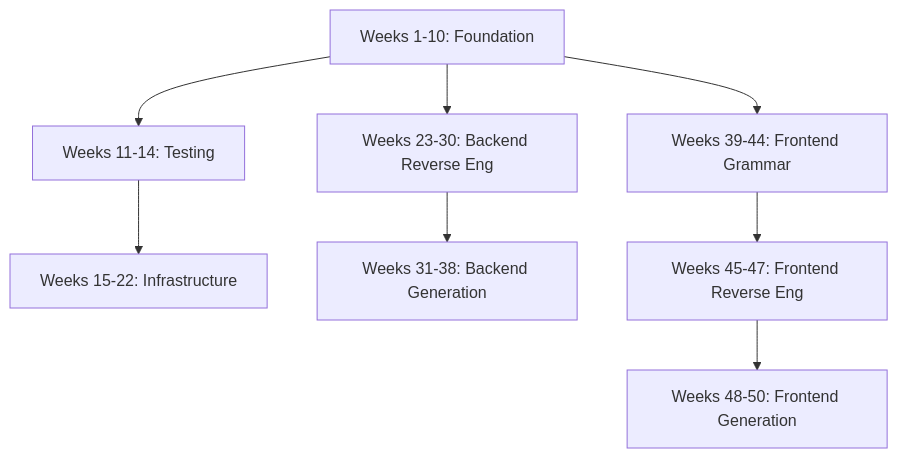
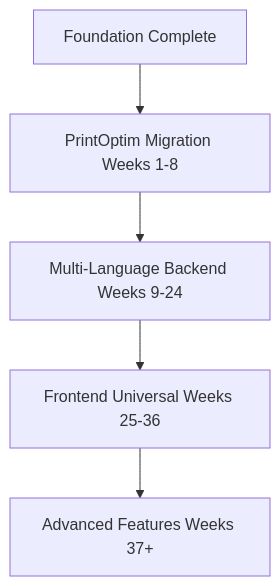
One commit to fraiseql/specql changed the diagram in docs/implementation_plans/complete_linear_plan/COMPLETE_TIMELINE_OVERVIEW.md. Above: the diagram before and after it, drawn with Mermaid. The commit also changed other lines of this file and 230 other files, not shown here.

````diff
--- a/docs/implementation_plans/complete_linear_plan/COMPLETE_TIMELINE_OVERVIEW.md
+++ b/docs/implementation_plans/complete_linear_plan/COMPLETE_TIMELINE_OVERVIEW.md
@@ -369,10 +442,7 @@
 ```mermaid
 graph TD
-    A[Weeks 1-10: Foundation] --> B[Weeks 11-14: Testing]
-    B --> C[Weeks 15-22: Infrastructure]
-    A --> D[Weeks 23-30: Backend Reverse Eng]
-    D --> E[Weeks 31-38: Backend Generation]
-    A --> F[Weeks 39-44: Frontend Grammar]
-    F --> G[Weeks 45-47: Frontend Reverse Eng]
-    G --> H[Weeks 48-50: Frontend Generation]
+    A[Foundation Complete] --> B[PrintOptim Migration Weeks 1-8]
+    B --> C[Multi-Language Backend Weeks 9-24]
+    C --> D[Frontend Universal Weeks 25-36]
+    D --> E[Advanced Features Weeks 37+]
 ```
````
